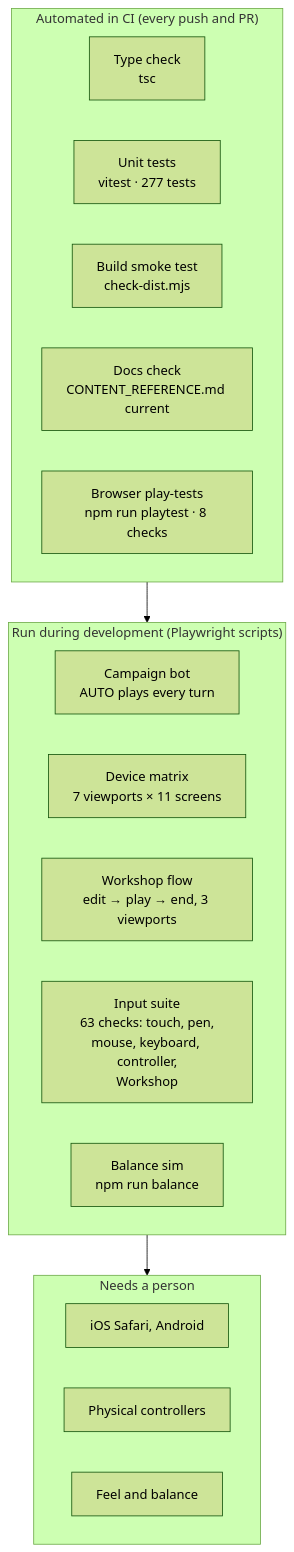
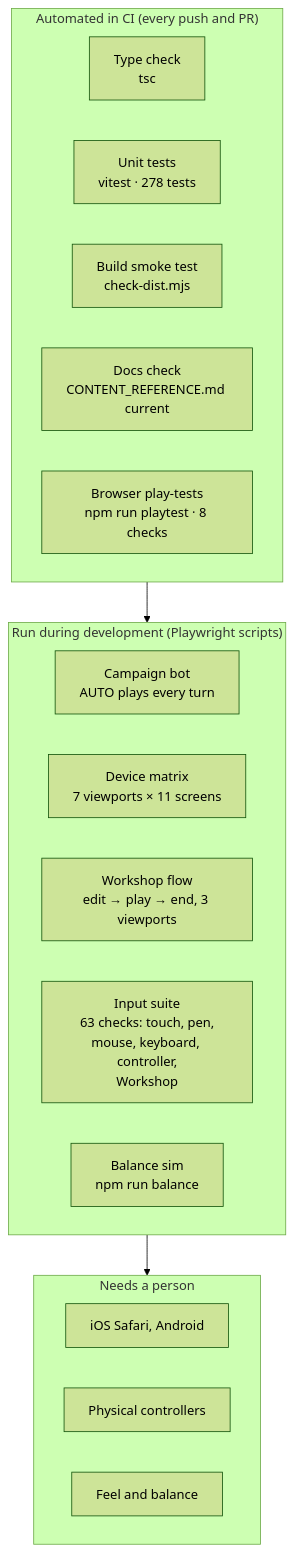
The diagram in docs/TESTING.md (CptNope/Chess-RPG-Tactics), drawn with Mermaid (forest theme) before and after one commit. The commit also changed other lines of this file and 27 other files, not shown here.

````diff
--- a/docs/TESTING.md
+++ b/docs/TESTING.md
@@ -9,23 +9,23 @@
 ```mermaid
 flowchart TB
     subgraph Auto["Automated in CI (every push and PR)"]
         T1["Type check<br/>tsc"]
-        T2["Unit tests<br/>vitest · 277 tests"]
+        T2["Unit tests<br/>vitest · 278 tests"]
         T3["Build smoke test<br/>check-dist.mjs"]
         T4["Docs check<br/>CONTENT_REFERENCE.md current"]
         T5["Browser play-tests<br/>npm run playtest · 8 checks"]
     end
     subgraph Dev["Run during development (Playwright scripts)"]
         P1["Campaign bot<br/>AUTO plays every turn"]
         P2["Device matrix<br/>7 viewports × 11 screens"]
         P4["Workshop flow<br/>edit → play → end, 3 viewports"]
         P3["Input suite<br/>63 checks: touch, pen,<br/>mouse, keyboard, controller,<br/>Workshop"]
         P5["Balance sim<br/>npm run balance"]
     end
     subgraph Human["Needs a person"]
         H1["iOS Safari, Android"]
         H2["Physical controllers"]
         H3["Feel and balance"]
     end
     Auto --> Dev --> Human
 ```
````
